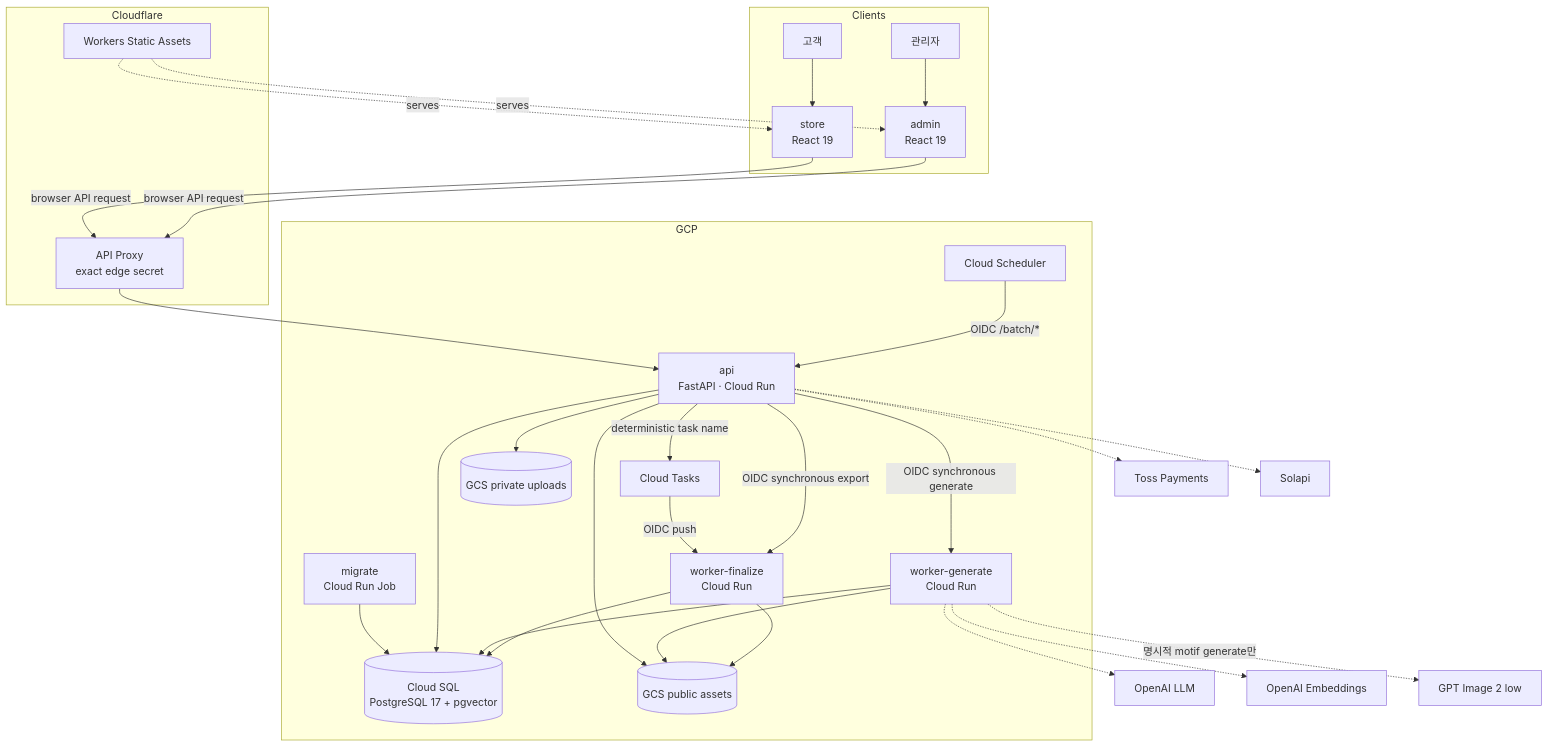
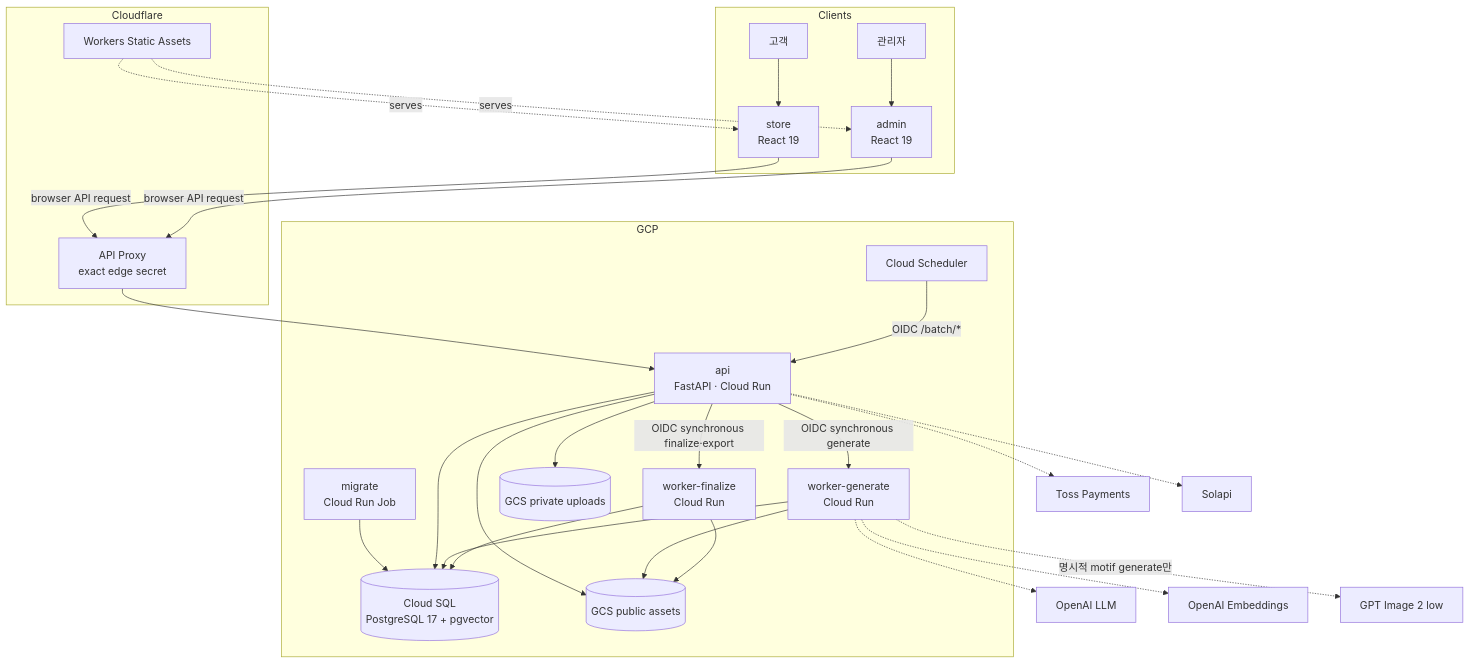
The first of 3 diagrams in ARCHITECTURE.md (Bongseop-Kim/essesion), drawn with Mermaid before and after one commit. The commit also changed other lines of this file and 84 other files, not shown here.

````diff
--- a/ARCHITECTURE.md
+++ b/ARCHITECTURE.md
@@ -57,53 +57,50 @@
 ```mermaid
 flowchart TB
     subgraph Clients
         Customer[고객]
         Operator[관리자]
         Store[store<br/>React 19]
         Admin[admin<br/>React 19]
         Customer --> Store
         Operator --> Admin
     end
 
     subgraph Cloudflare
         Static[Workers Static Assets]
         Proxy[API Proxy<br/>exact edge secret]
         Static -. serves .-> Store
         Static -. serves .-> Admin
         Store -->|browser API request| Proxy
         Admin -->|browser API request| Proxy
     end
 
     subgraph GCP
         API[api<br/>FastAPI · Cloud Run]
         Generate[worker-generate<br/>Cloud Run]
         Finalize[worker-finalize<br/>Cloud Run]
-        Tasks[Cloud Tasks]
         Scheduler[Cloud Scheduler]
         Migrate[migrate<br/>Cloud Run Job]
         SQL[(Cloud SQL<br/>PostgreSQL 17 + pgvector)]
         Assets[(GCS public assets)]
         Uploads[(GCS private uploads)]
 
         Proxy --> API
         API -->|OIDC synchronous generate| Generate
-        API -->|deterministic task name| Tasks
-        Tasks -->|OIDC push| Finalize
-        API -->|OIDC synchronous export| Finalize
+        API -->|OIDC synchronous finalize·export| Finalize
         Scheduler -->|OIDC /batch/*| API
         Migrate --> SQL
         API --> SQL
         Generate --> SQL
         Finalize --> SQL
         API --> Assets
         API --> Uploads
         Generate --> Assets
         Finalize --> Assets
     end
 
     Generate -.-> LLM[OpenAI LLM]
     Generate -.-> Embedding[OpenAI Embeddings]
     Generate -.->|명시적 motif generate만| GPTImage[GPT Image 2 low]
     API -.-> Toss[Toss Payments]
     API -.-> Solapi[Solapi]
 ```
````
